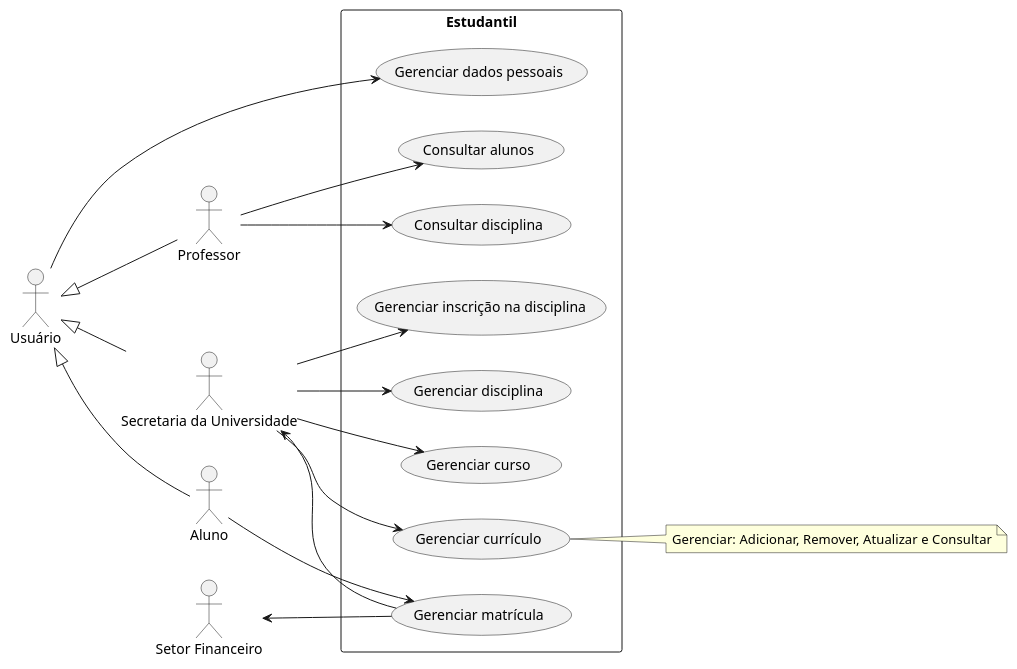
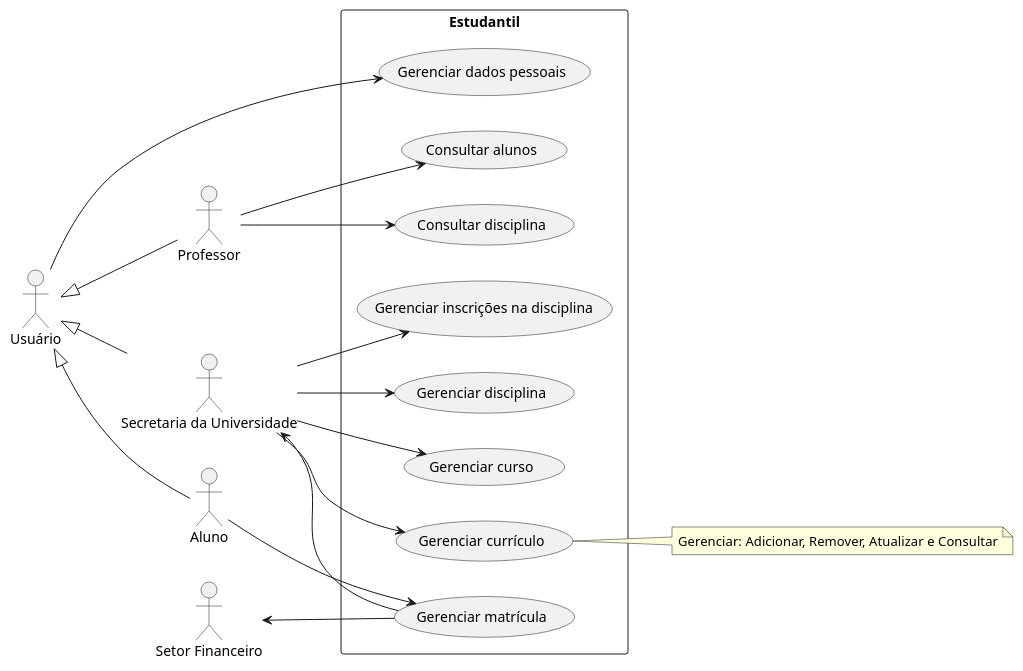
The diagram in projeto 1/project/useCaseDiagram.plantuml (migueltico2/laboratorio-de-desenvolvimento-de-software), drawn with PlantUML before and after one commit. The commit also changed 1 other file, not shown here.

```diff
--- a/projeto 1/project/useCaseDiagram.plantuml
+++ b/projeto 1/project/useCaseDiagram.plantuml
@@ -1,44 +1,44 @@
 @startuml
 
 left to right direction
 
 actor "Usuário" as User
 actor Aluno as A
 actor Professor as P
 actor "Secretaria da Universidade" as SU
 actor "Setor Financeiro" as F
 
 rectangle Estudantil {
 usecase "Gerenciar currículo" as UC1
 usecase "Gerenciar matrícula" as UC2
 usecase "Consultar disciplina" as UC3
 usecase "Gerenciar disciplina" as UC4
 usecase "Gerenciar curso" as UC5
-usecase "Gerenciar inscrição na disciplina" as UC6
+usecase "Gerenciar inscrições na disciplina" as UC6
 usecase "Consultar alunos" as UC7
 usecase "Gerenciar dados pessoais" as UC8
 }
 
 User <|-- A
 User <|-- P
 User <|-- SU
 
 User --> UC8
 
 SU --> UC1
 SU --> UC4
 SU --> UC5
 SU --> UC6
 
 A --> UC2
 SU <-- UC2
 F <-- UC2
 
 P --> UC7
 P --> UC3
 
 note right of UC1
     Gerenciar: Adicionar, Remover, Atualizar e Consultar
 end note
 
 @enduml
```
